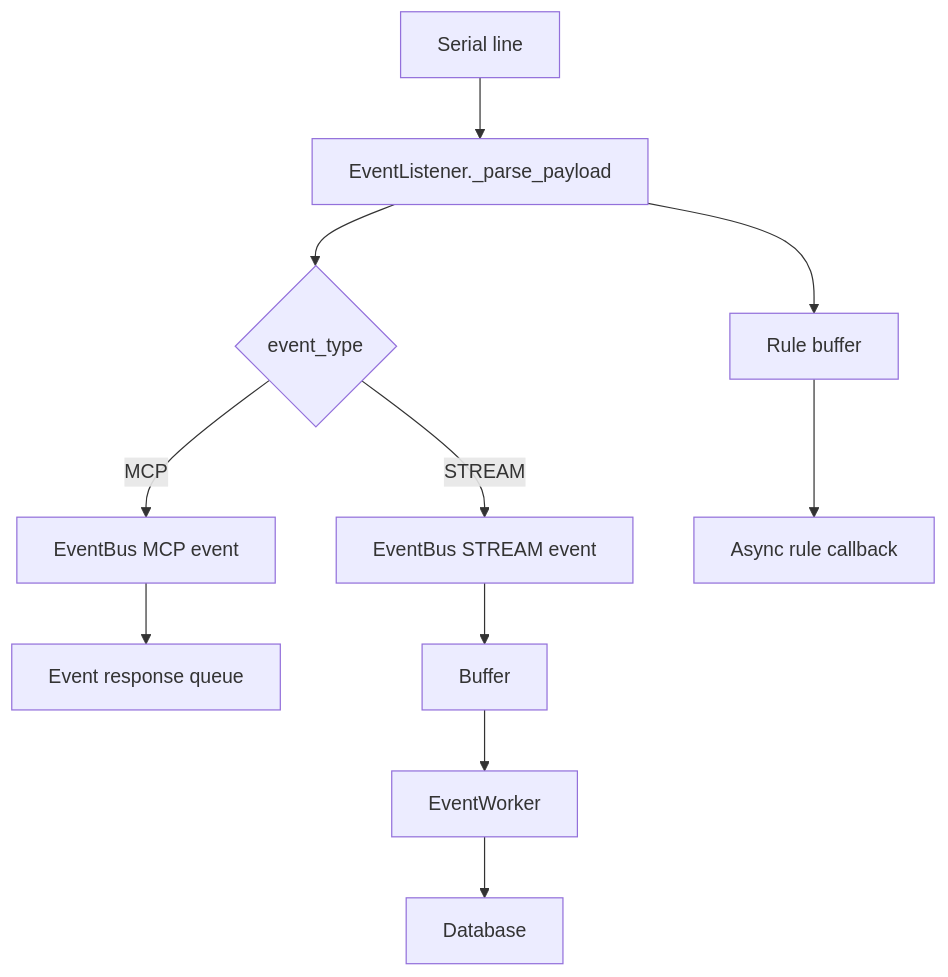
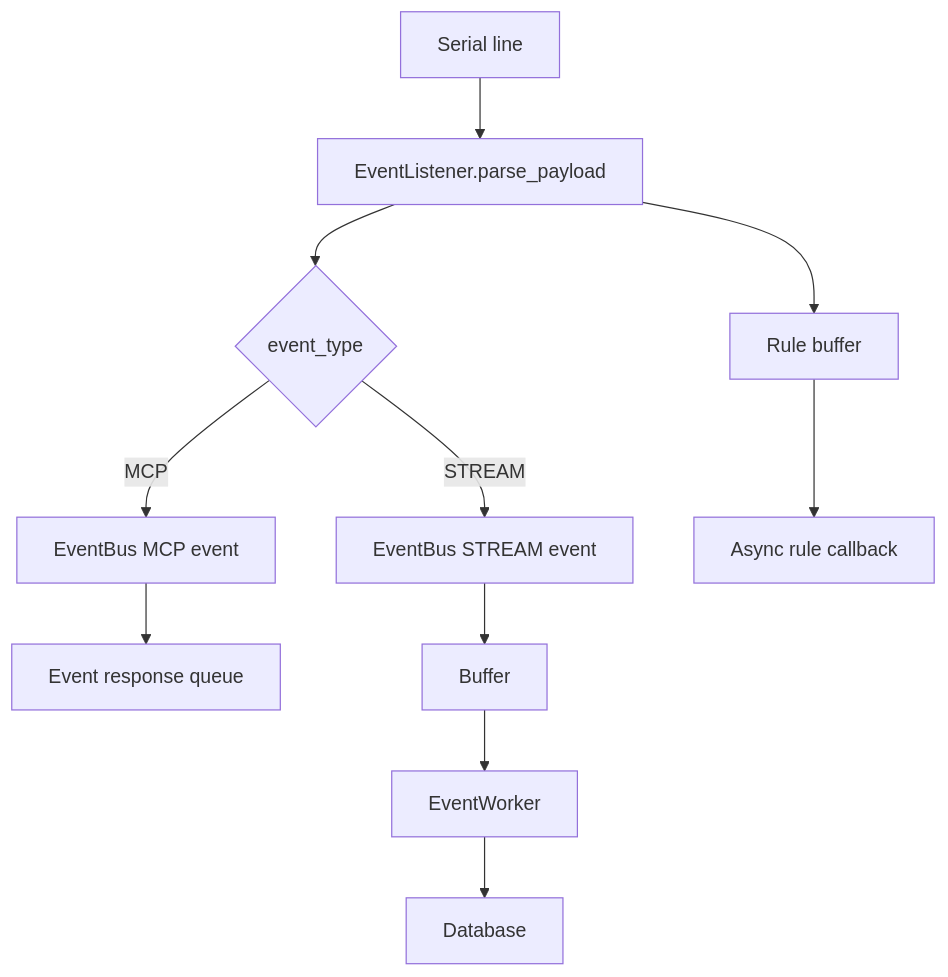
The first of 2 diagrams in src/gerbera_sdk/events/README.md (BaronLiu1993/gerbera), drawn with Mermaid before and after one commit. The commit also changed other lines of this file and 27 other files, not shown here.

````diff
--- a/src/gerbera_sdk/events/README.md
+++ b/src/gerbera_sdk/events/README.md
@@ -37,13 +37,13 @@
 ```mermaid
 flowchart TD
-    A[Serial line] --> B[EventListener._parse_payload]
+    A[Serial line] --> B[EventListener.parse_payload]
     B --> C{event_type}
     C -->|MCP| D[EventBus MCP event]
     C -->|STREAM| E[EventBus STREAM event]
     D --> F[Event response queue]
     E --> G[Buffer]
     B --> R[Rule buffer]
     R --> S[Async rule callback]
     G --> H[EventWorker]
     H --> I[Database]
 ```
````
